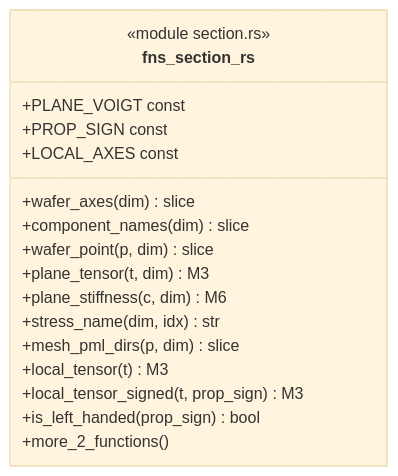
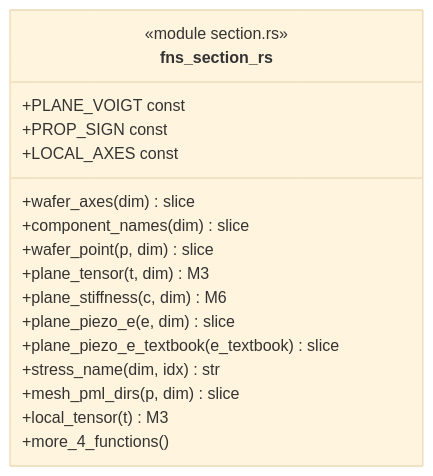
The diagram in docs/architecture/c4/4-code/femcore/section.md (p-j-r/nyx), drawn with Mermaid (base theme) before and after one commit. The commit also changed other lines of this file and 110 other files, not shown here.

````diff
--- a/docs/architecture/c4/4-code/femcore/section.md
+++ b/docs/architecture/c4/4-code/femcore/section.md
@@ -49,20 +53,20 @@
 ```mermaid
 classDiagram
   class fns_section_rs {
       <<module section.rs>>
       +wafer_axes(dim) slice
       +component_names(dim) slice
       +wafer_point(p, dim) slice
       +plane_tensor(t, dim) M3
       +plane_stiffness(c, dim) M6
+      +plane_piezo_e(e, dim) slice
+      +plane_piezo_e_textbook(e_textbook) slice
       +stress_name(dim, idx) str
       +mesh_pml_dirs(p, dim) slice
       +local_tensor(t) M3
-      +local_tensor_signed(t, prop_sign) M3
-      +is_left_handed(prop_sign) bool
-      +more_2_functions()
+      +more_4_functions()
       +PLANE_VOIGT const
       +PROP_SIGN const
       +LOCAL_AXES const
   }
 ```
````
